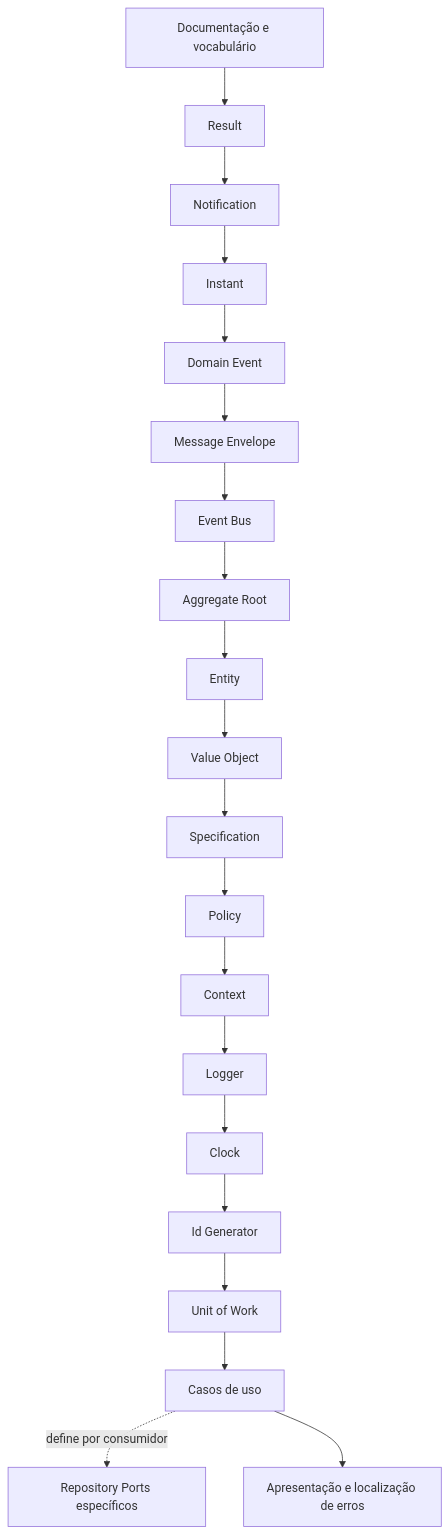
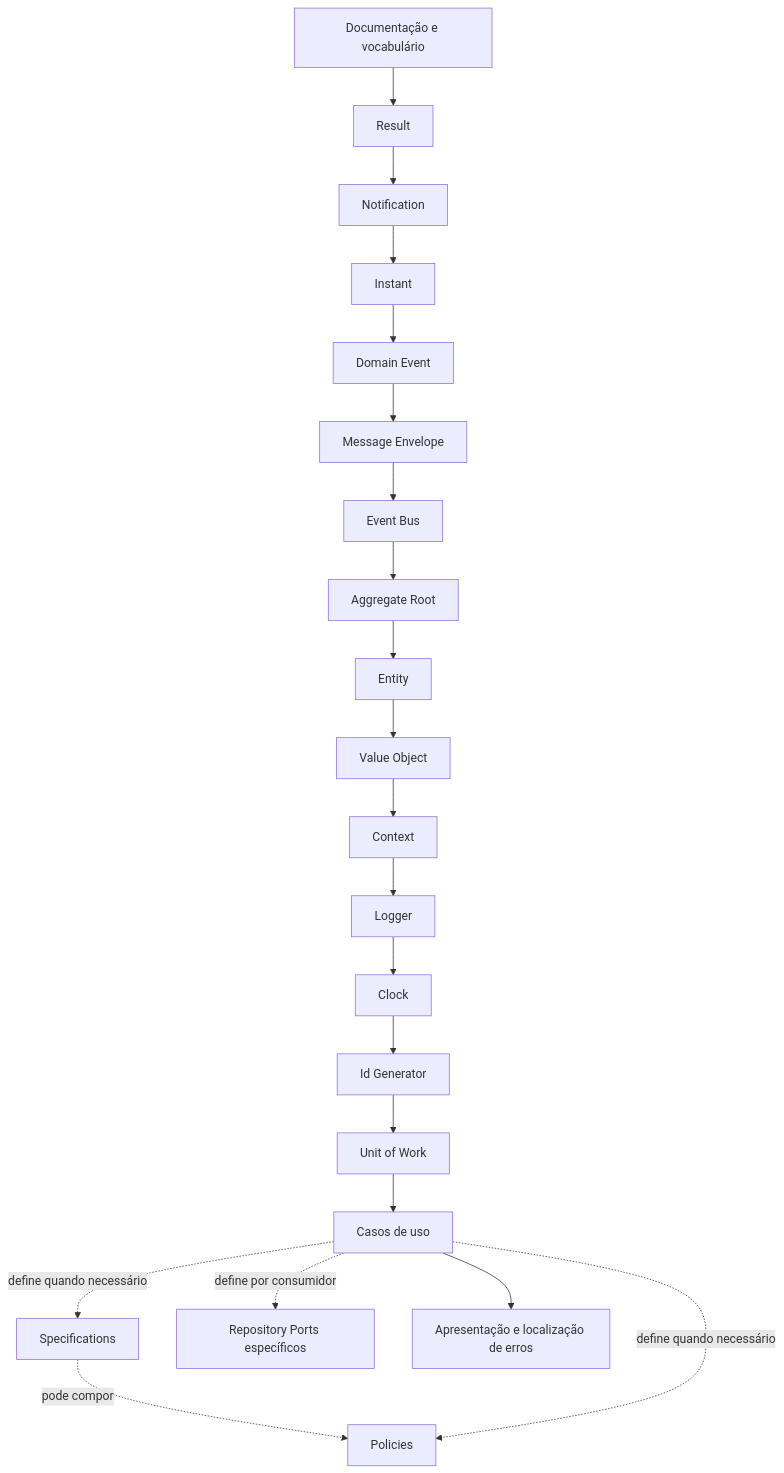
Before and after one commit to MauricioGomes02/servir: the diagram in docs/roadmap.md, drawn with Mermaid. The commit also changed other lines of this file and 15 other files, not shown here.

````diff
--- a/docs/roadmap.md
+++ b/docs/roadmap.md
@@ -23,22 +23,23 @@
 ```mermaid
 flowchart TD
     D[Documentação e vocabulário] --> R[Result]
     R --> N[Notification]
     N --> I[Instant]
     I --> DE[Domain Event]
     DE --> M[Message Envelope]
     M --> EB[Event Bus]
     EB --> AR[Aggregate Root]
     AR --> E[Entity]
     E --> VO[Value Object]
-    VO --> S[Specification]
-    S --> P[Policy]
-    P --> C[Context]
+    VO --> C[Context]
     C --> L[Logger]
     L --> CL[Clock]
     CL --> ID[Id Generator]
     ID --> U[Unit of Work]
     U --> UC[Casos de uso]
+    UC -. define quando necessário .-> S[Specifications]
+    S -. pode compor .-> P[Policies]
+    UC -. define quando necessário .-> P
     UC -. define por consumidor .-> RC[Repository Ports específicos]
     UC --> PL[Apresentação e localização de erros]
 ```
````
